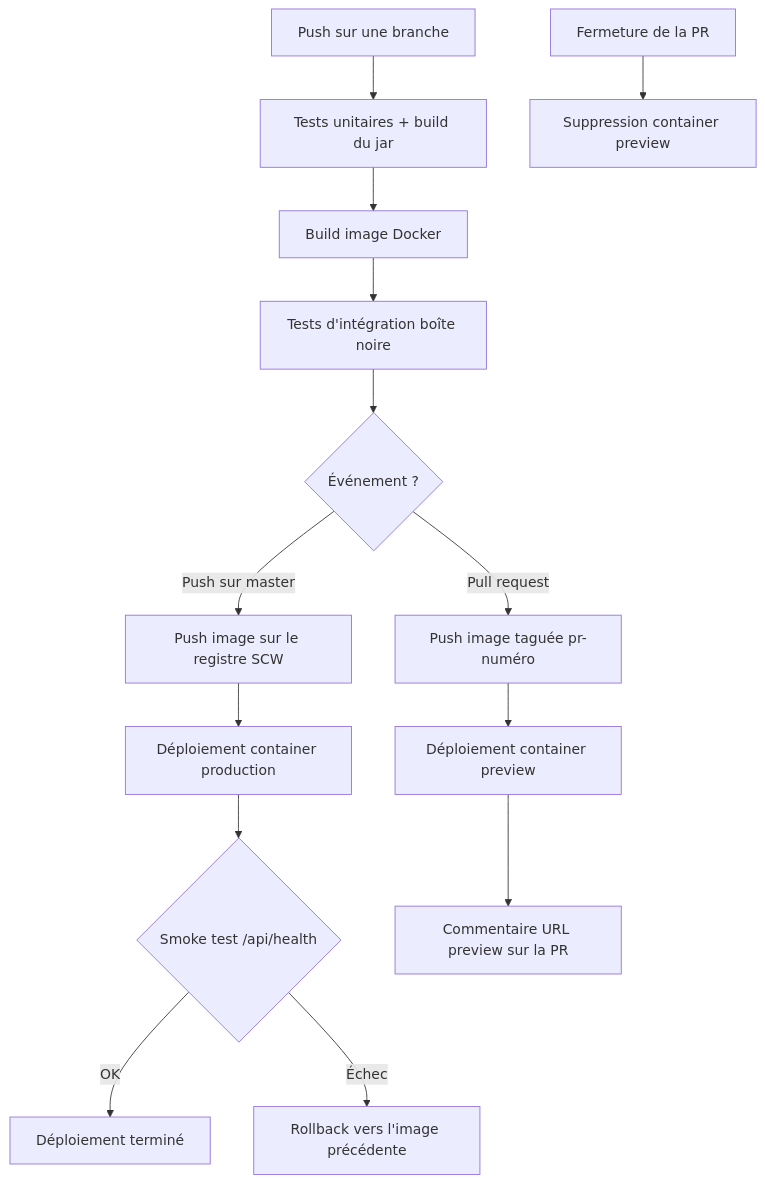
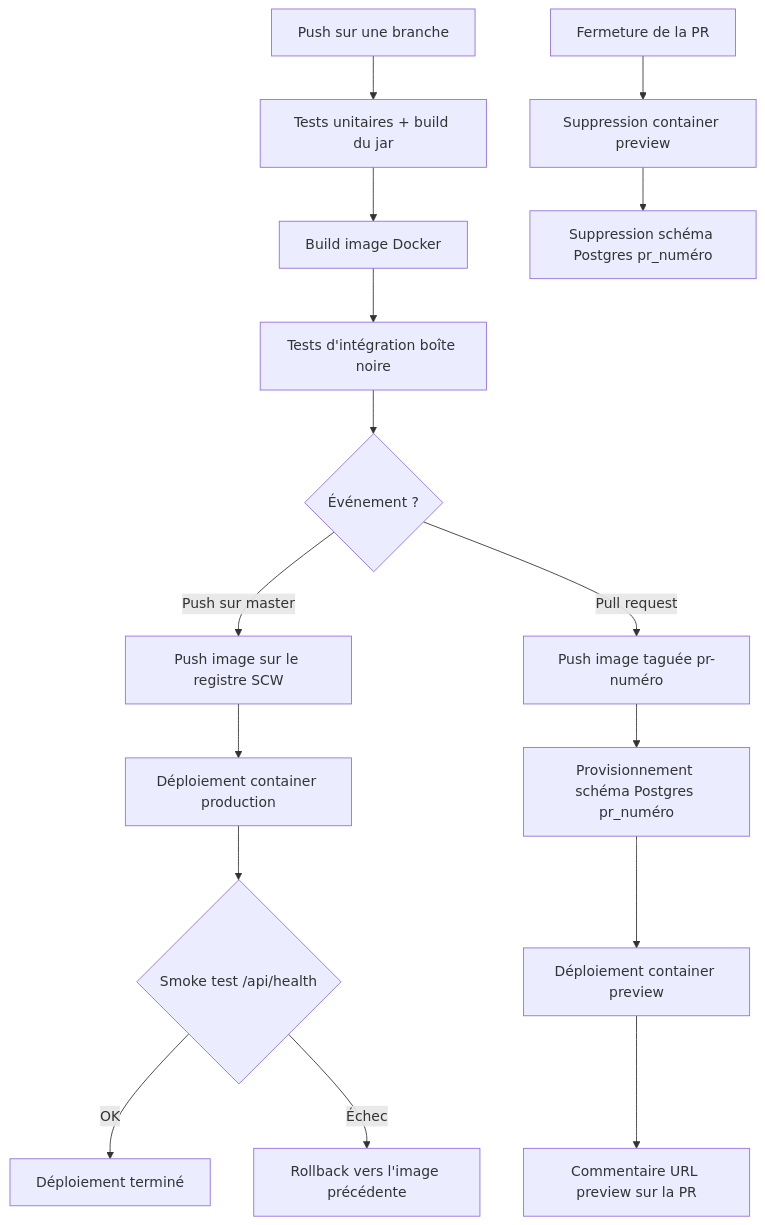
One commit to cheerz/book-store changed the diagram in README.md. Above: the diagram before and after it, drawn with Mermaid. The commit also changed other lines of this file and 2 other files, not shown here.

First line of the commit message:
database distante (schema par PR) pour les previews

````diff
--- a/README.md
+++ b/README.md
@@ -92,19 +119,21 @@
 ```mermaid
 flowchart TD
     A["Push sur une branche"] --> B["Tests unitaires + build du jar"]
     B --> C["Build image Docker"]
     C --> D["Tests d'intégration boîte noire"]
     D --> E{"Événement ?"}
 
     E -- "Push sur master" --> F["Push image sur le registre SCW"]
     F --> G["Déploiement container production"]
     G --> H{"Smoke test /api/health"}
     H -- "OK" --> I["Déploiement terminé"]
     H -- "Échec" --> J["Rollback vers l'image précédente"]
 
     E -- "Pull request" --> K["Push image taguée pr-numéro"]
-    K --> L["Déploiement container preview"]
+    K --> K2["Provisionnement schéma Postgres pr_numéro"]
+    K2 --> L["Déploiement container preview"]
     L --> M["Commentaire URL preview sur la PR"]
 
     N["Fermeture de la PR"] --> O["Suppression container preview"]
+    O --> P["Suppression schéma Postgres pr_numéro"]
 ```
````
